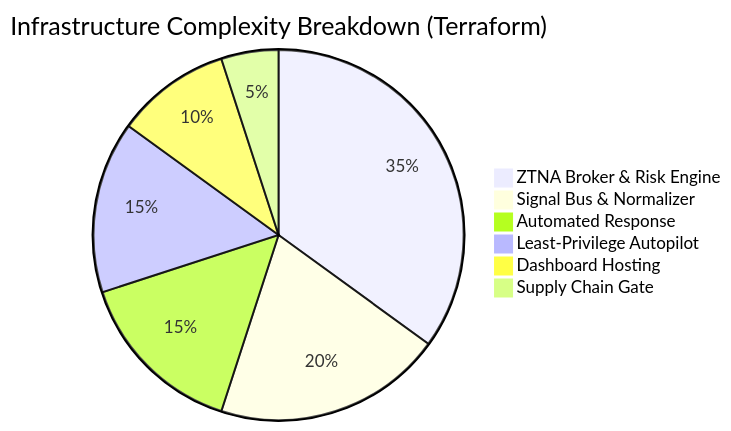
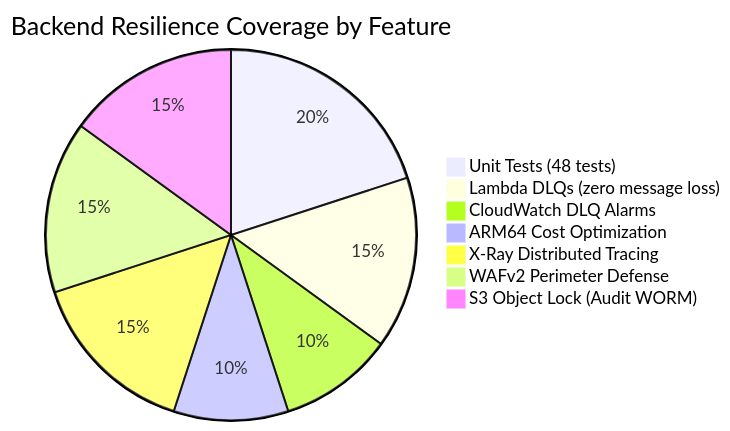
Before and after one commit to nextgensoumen/prahari-ztna-aws: the sixth of 10 diagrams in docs/diagrams.md, drawn with Mermaid. The commit also changed other lines of this file and 1 other file, not shown here.

Commit message:
docs: Update diagrams v2 with all Phase 2 changes + memory log 06

````diff
--- a/docs/diagrams.md
+++ b/docs/diagrams.md
@@ -124,9 +140,10 @@
 ```mermaid
-pie title Infrastructure Complexity Breakdown (Terraform)
-    "ZTNA Broker & Risk Engine" : 35
-    "Signal Bus & Normalizer" : 20
-    "Automated Response" : 15
-    "Least-Privilege Autopilot" : 15
-    "Dashboard Hosting" : 10
-    "Supply Chain Gate" : 5
+pie title Backend Resilience Coverage by Feature
+    "Unit Tests (48 tests)" : 20
+    "Lambda DLQs (zero message loss)" : 15
+    "CloudWatch DLQ Alarms" : 10
+    "ARM64 Cost Optimization" : 10
+    "X-Ray Distributed Tracing" : 15
+    "WAFv2 Perimeter Defense" : 15
+    "S3 Object Lock (Audit WORM)" : 15
 ```
````
